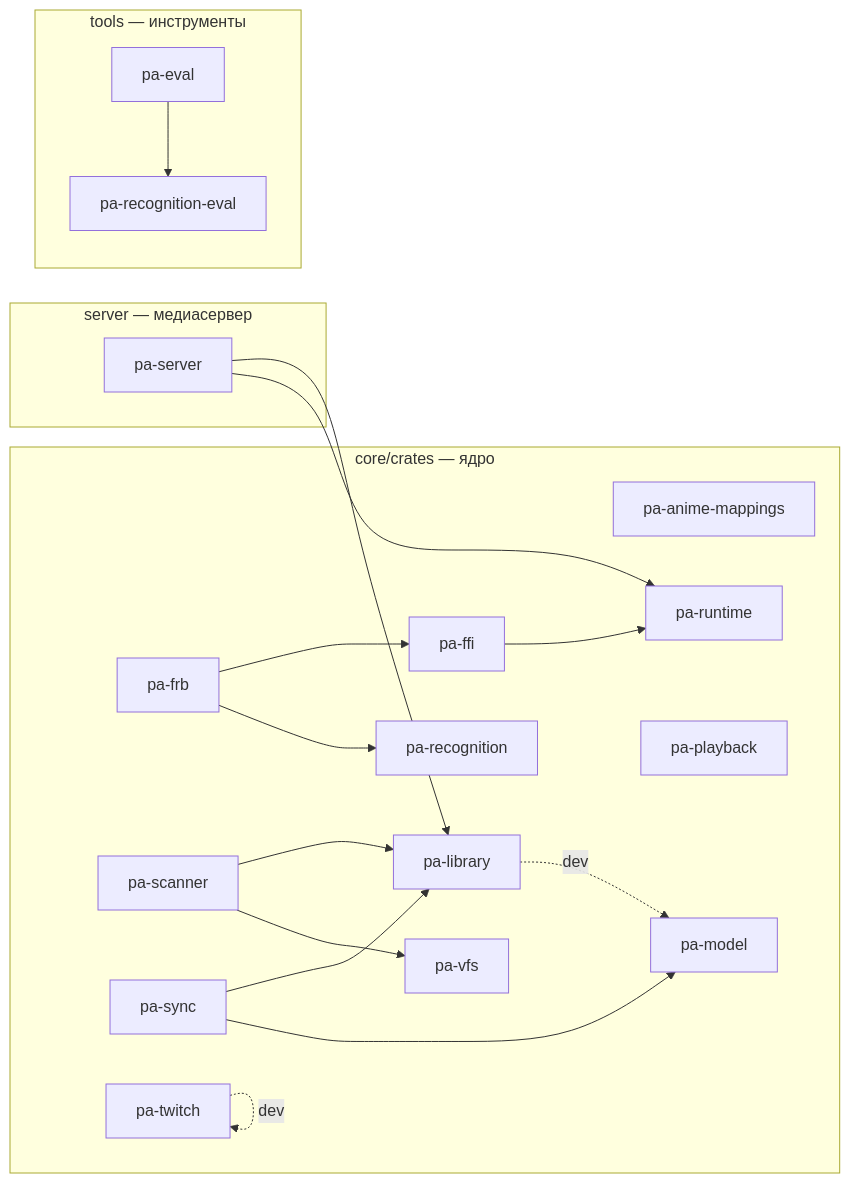
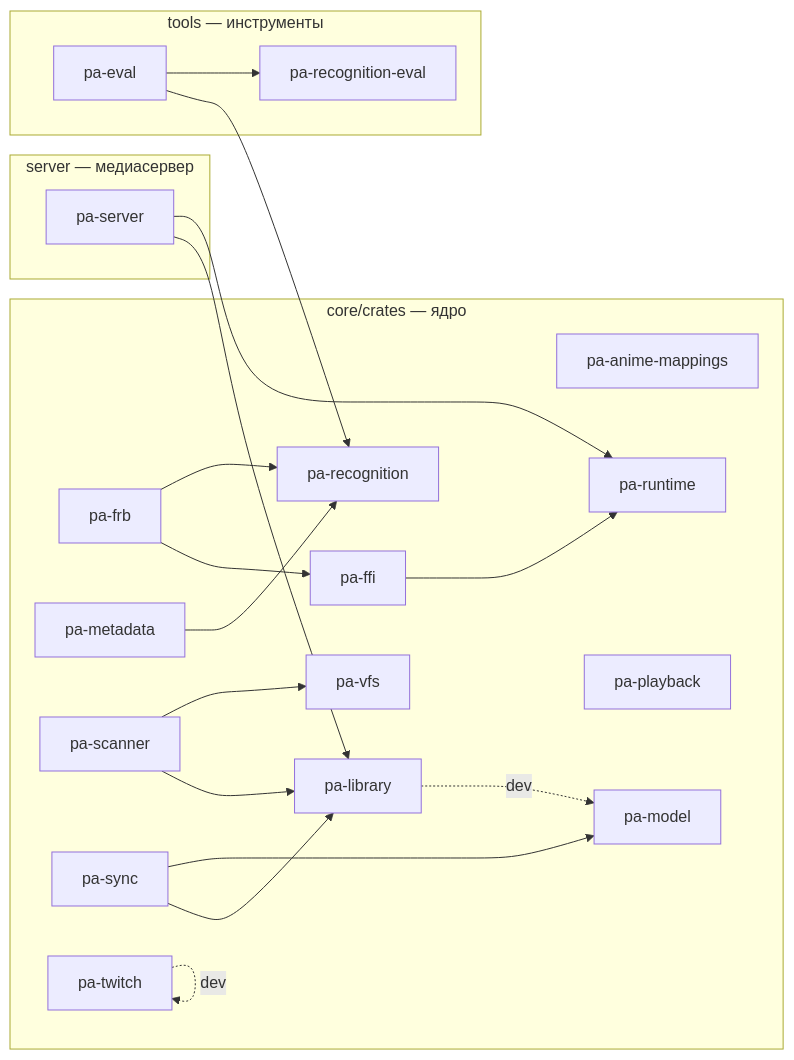
One commit to DenisHumen/project_alpha changed the diagram in docs/dev/crate-graph.md. Above: the diagram before and after it, drawn with Mermaid. The commit also changed other lines of this file and 26 other files, not shown here.

````diff
--- a/docs/dev/crate-graph.md
+++ b/docs/dev/crate-graph.md
@@ -12,36 +12,39 @@
 ```mermaid
 flowchart LR
   subgraph g0["core/crates — ядро"]
     pa_anime_mappings["pa-anime-mappings"]
     pa_ffi["pa-ffi"]
     pa_frb["pa-frb"]
     pa_library["pa-library"]
+    pa_metadata["pa-metadata"]
     pa_model["pa-model"]
     pa_playback["pa-playback"]
     pa_recognition["pa-recognition"]
     pa_runtime["pa-runtime"]
     pa_scanner["pa-scanner"]
     pa_sync["pa-sync"]
     pa_twitch["pa-twitch"]
     pa_vfs["pa-vfs"]
   end
   subgraph g1["server — медиасервер"]
     pa_server["pa-server"]
   end
   subgraph g2["tools — инструменты"]
     pa_eval["pa-eval"]
     pa_recognition_eval["pa-recognition-eval"]
   end
+  pa_eval --> pa_recognition
   pa_eval --> pa_recognition_eval
   pa_ffi --> pa_runtime
   pa_frb --> pa_ffi
   pa_frb --> pa_recognition
   pa_library -. dev .-> pa_model
+  pa_metadata --> pa_recognition
   pa_scanner --> pa_library
   pa_scanner --> pa_vfs
   pa_server --> pa_library
   pa_server --> pa_runtime
   pa_sync --> pa_library
   pa_sync --> pa_model
   pa_twitch -. dev .-> pa_twitch
 ```
````
